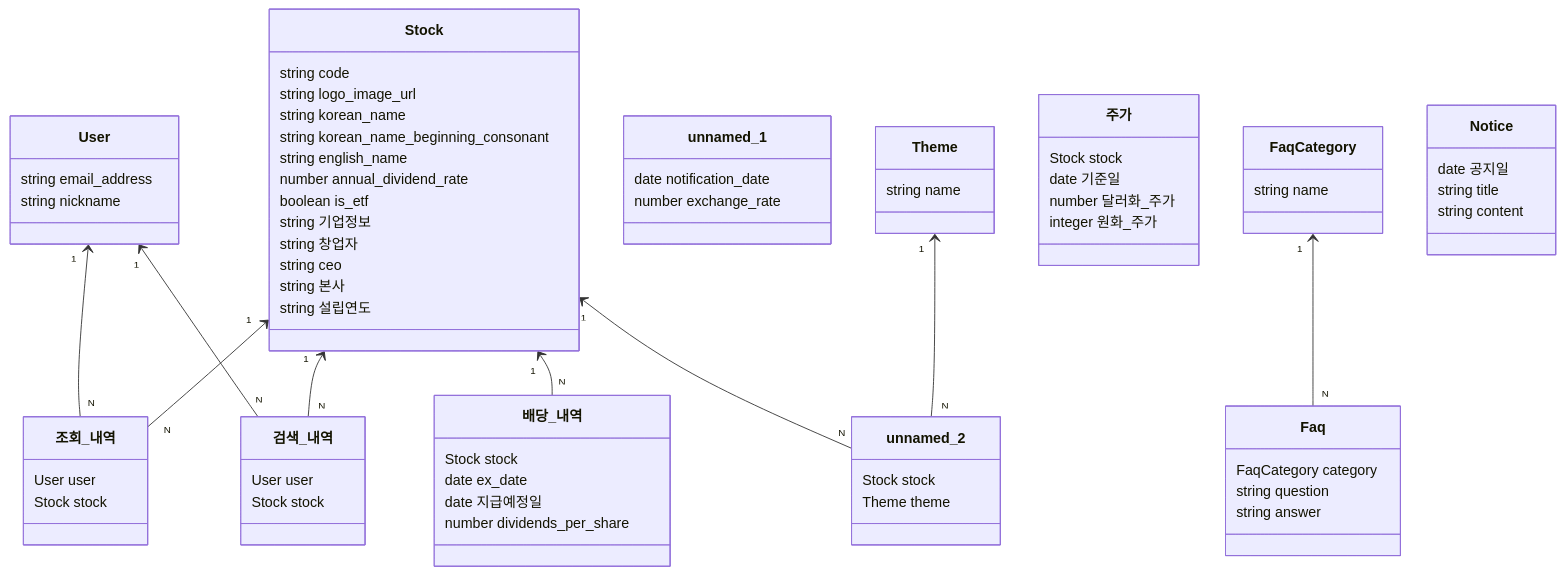
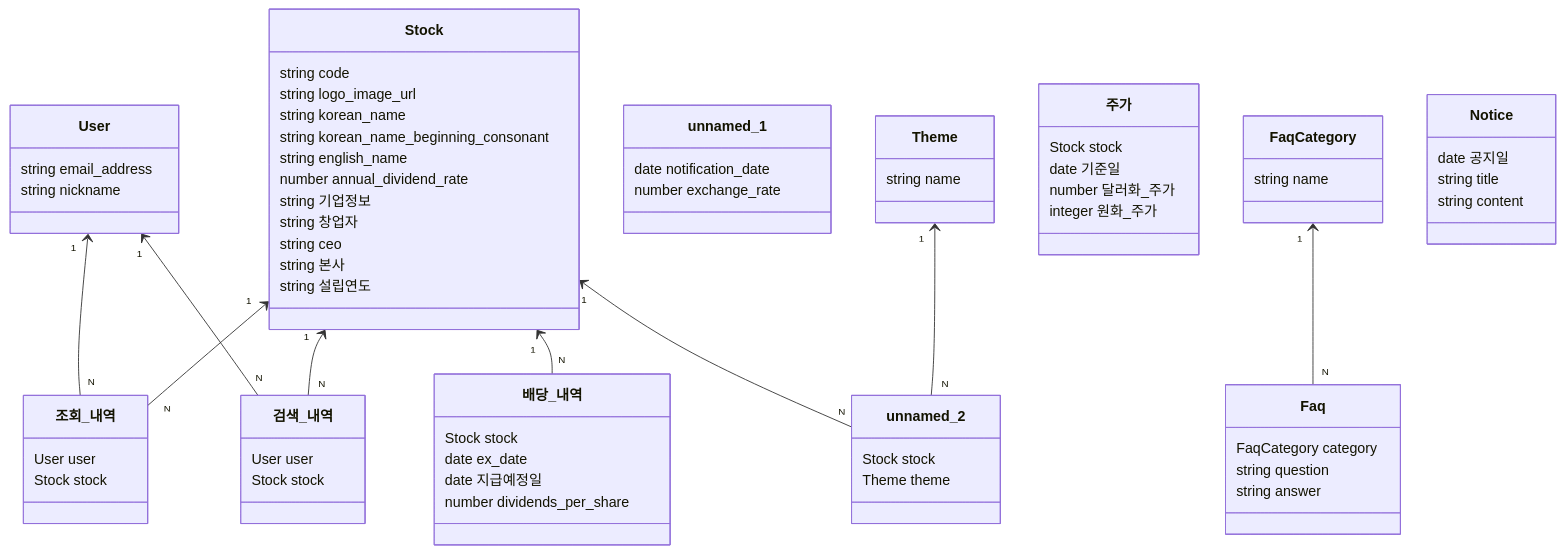
Before and after one commit to ony3000/my-stock: the second of 3 diagrams in backend/diagram.md, drawn with Mermaid. The commit also changed other lines of this file, not shown here.

```diff
--- a/backend/diagram.md
+++ b/backend/diagram.md
@@ -32,7 +32,6 @@
   %% It is not exposed in the UI, but is included in the search target.
   Stock : string english_name
   Stock : number annual_dividend_rate
-  Stock : boolean is_etf
   Stock : string 기업정보
   Stock : string 창업자
   Stock : string ceo
```
